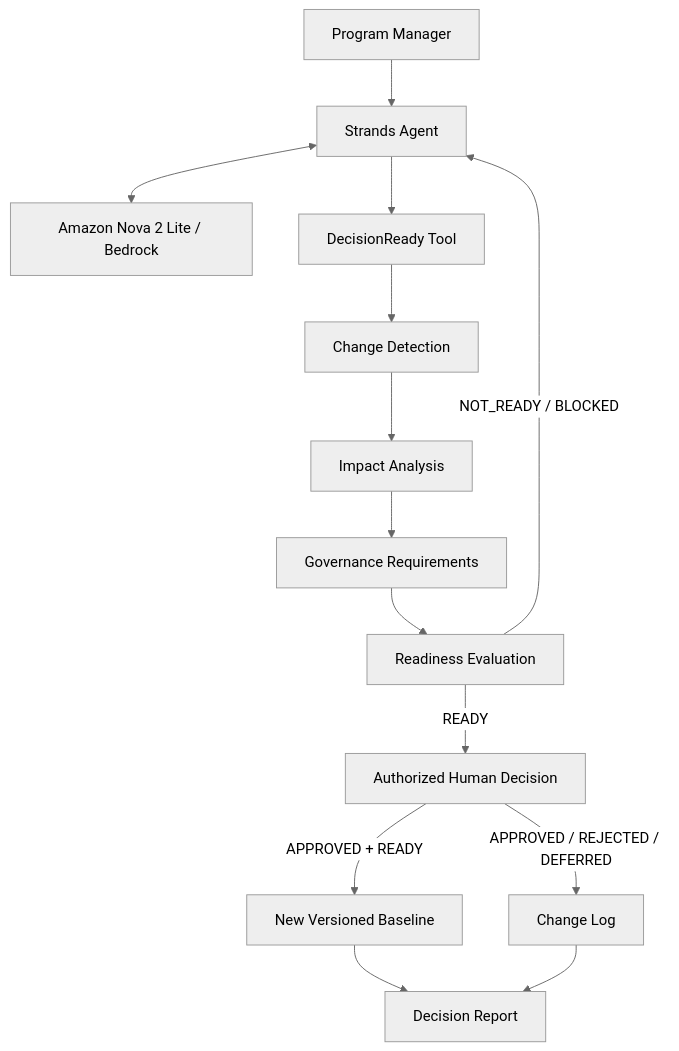
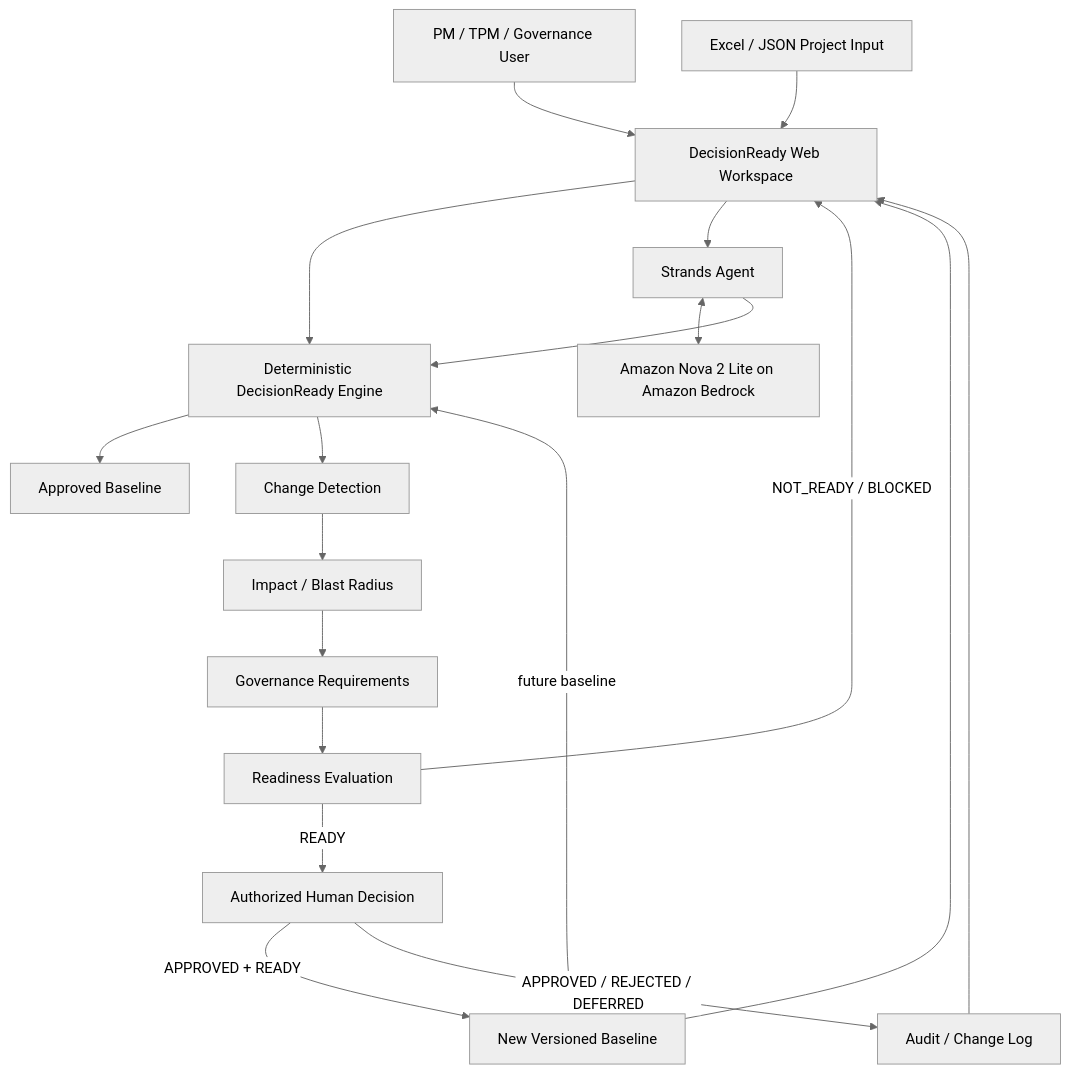
One commit to atoosabiglari-PM/decisionready changed the diagram in docs/architecture.md. Above: the diagram before and after it, drawn with Mermaid (neutral theme). The commit also changed other lines of this file and 11 other files, not shown here.

````diff
--- a/docs/architecture.md
+++ b/docs/architecture.md
@@ -7,20 +9,26 @@
 ```mermaid
 flowchart TD
-    U[Program Manager] --> S[Strands Agent]
-    S <--> N[Amazon Nova 2 Lite / Bedrock]
-    S --> D[DecisionReady Tool]
+    U[PM / TPM / Governance User] --> W[DecisionReady Web Workspace]
+    X[Excel / JSON Project Input] --> W
 
+    W --> D[Deterministic DecisionReady Engine]
+    D --> B[Approved Baseline]
     D --> C[Change Detection]
-    C --> I[Impact Analysis]
+    C --> I[Impact / Blast Radius]
     I --> G[Governance Requirements]
     G --> R[Readiness Evaluation]
 
-    R -->|NOT_READY / BLOCKED| S
+    W --> S[Strands Agent]
+    S <--> N[Amazon Nova 2 Lite on Amazon Bedrock]
+    S --> D
+
+    R -->|NOT_READY / BLOCKED| W
     R -->|READY| H[Authorized Human Decision]
 
-    H -->|APPROVED + READY| B[New Versioned Baseline]
-    H -->|APPROVED / REJECTED / DEFERRED| L[Change Log]
+    H -->|APPROVED + READY| NB[New Versioned Baseline]
+    H -->|APPROVED / REJECTED / DEFERRED| L[Audit / Change Log]
 
-    B --> P[Decision Report]
-    L --> P
+    NB --> W
+    L --> W
+    NB -->|future baseline| D
 ```
````
